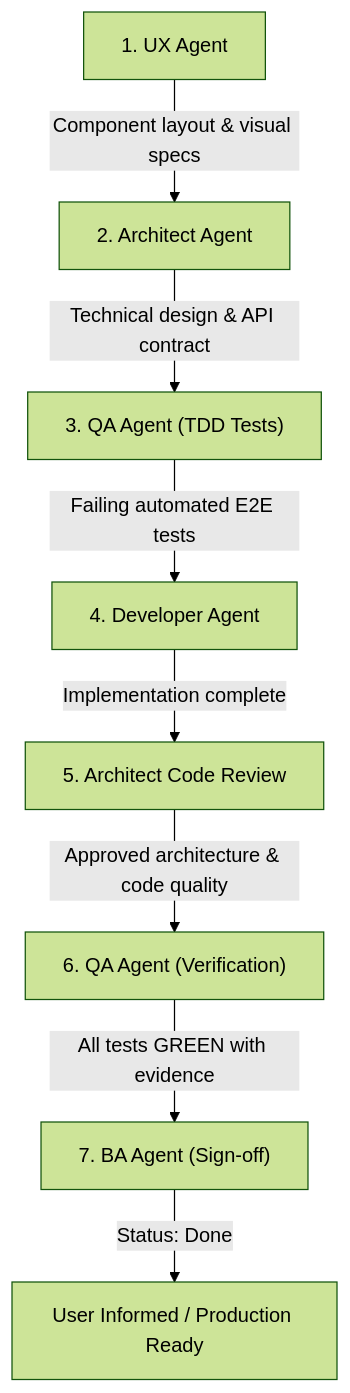
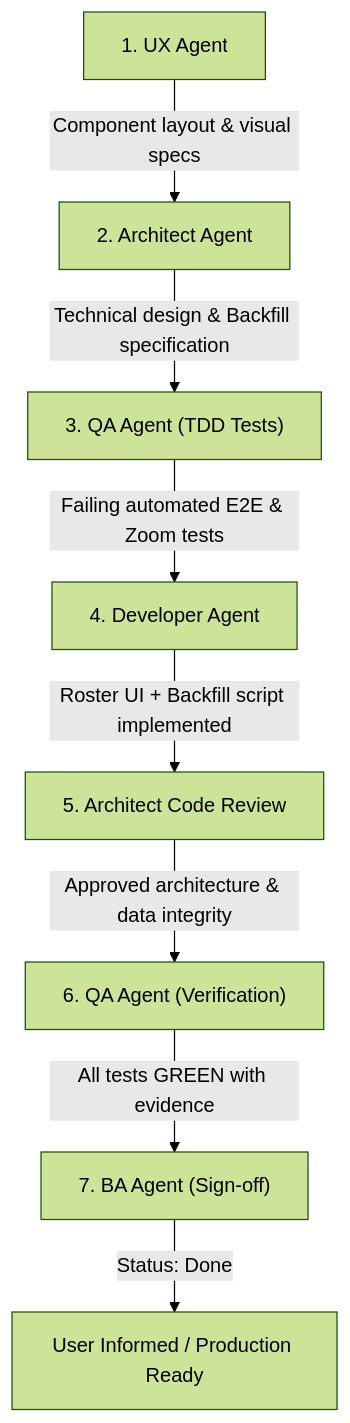
Before and after one commit to greyGroot/poc-zom-report: the diagram in ee-crm/docs/stories/CRM-013-display-group-students-roster-on-teacher-and-day-pages.md, drawn with Mermaid (forest theme). The commit also changed other lines of this file and 11 other files, not shown here.

Commit message:
feat(crm-013): implement raw Zoom events backfill and automated test suite

````diff
--- a/ee-crm/docs/stories/CRM-013-display-group-students-roster-on-teacher-and-day-pages.md
+++ b/ee-crm/docs/stories/CRM-013-display-group-students-roster-on-teacher-and-day-pages.md
@@ -130,10 +153,10 @@
 ```mermaid
 flowchart TD
     A["1. UX Agent"] -->|"Component layout & visual specs"| B["2. Architect Agent"]
-    B -->|"Technical design & API contract"| C["3. QA Agent (TDD Tests)"]
-    C -->|"Failing automated E2E tests"| D["4. Developer Agent"]
-    D -->|"Implementation complete"| E["5. Architect Code Review"]
-    E -->|"Approved architecture & code quality"| F["6. QA Agent (Verification)"]
+    B -->|"Technical design & Backfill specification"| C["3. QA Agent (TDD Tests)"]
+    C -->|"Failing automated E2E & Zoom tests"| D["4. Developer Agent"]
+    D -->|"Roster UI + Backfill script implemented"| E["5. Architect Code Review"]
+    E -->|"Approved architecture & data integrity"| F["6. QA Agent (Verification)"]
     F -->|"All tests GREEN with evidence"| G["7. BA Agent (Sign-off)"]
     G -->|"Status: Done"| H["User Informed / Production Ready"]
 ```
````
